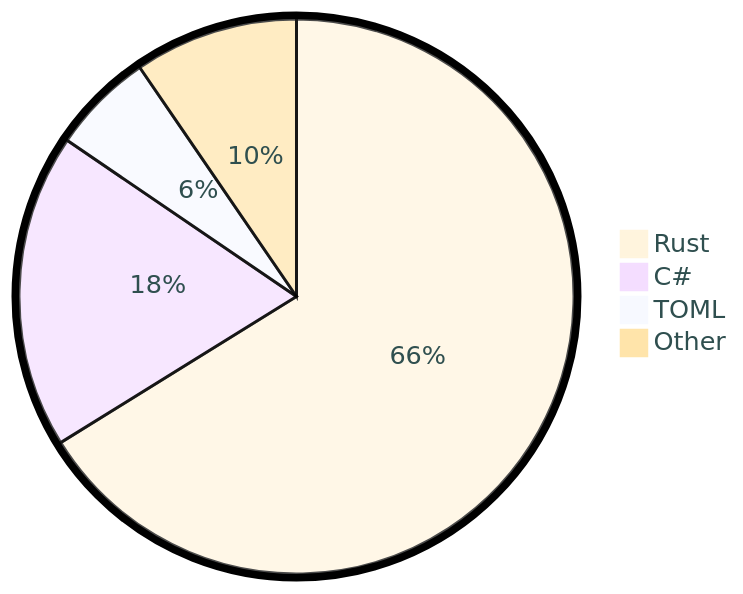
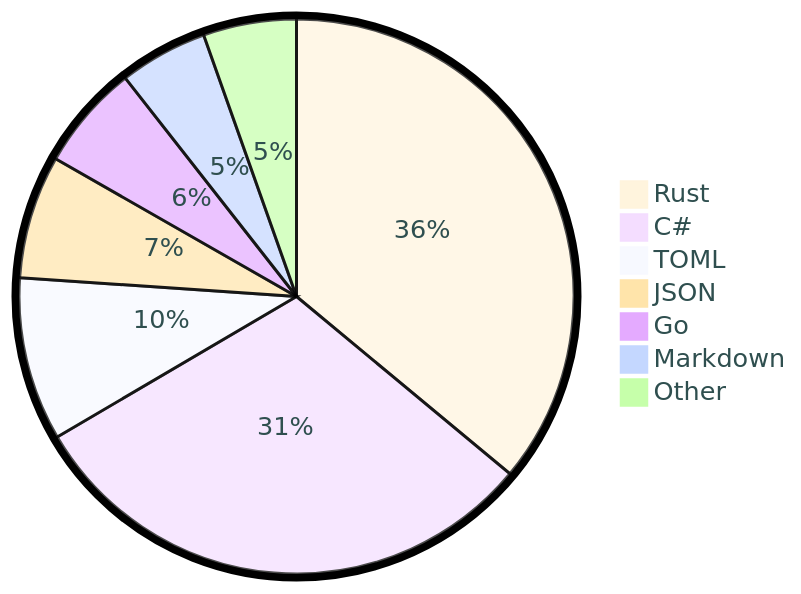
The diagram in README.md (tot0p/tot0p), drawn with Mermaid before and after one commit. The commit also changed other lines of this file, not shown here.

````diff
--- a/README.md
+++ b/README.md
@@ -77,8 +79,11 @@
 ```mermaid
 %%{init: {"pie": {"textPosition": 0.5}, "themeVariables": {"pieOuterStrokeWidth": "5px","primaryTextColor" : "#2F4F4F"},"theme":"base"} }%%
 pie
-	"Rust": 66.16
-	"C#": 18.34
-	"TOML": 5.93
-	"Other": 9.55
+	"Rust": 36.03
+	"C#": 30.52
+	"TOML": 9.53
+	"JSON": 7.19
+	"Go": 6.15
+	"Markdown": 5.15
+	"Other": 5.43
 ```
````
